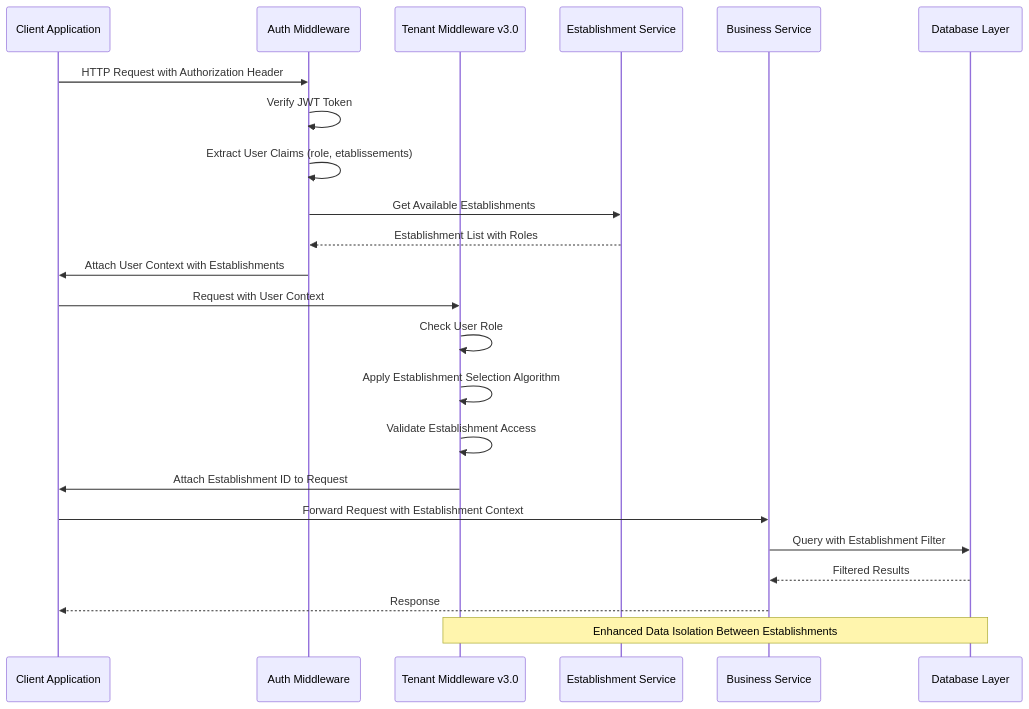
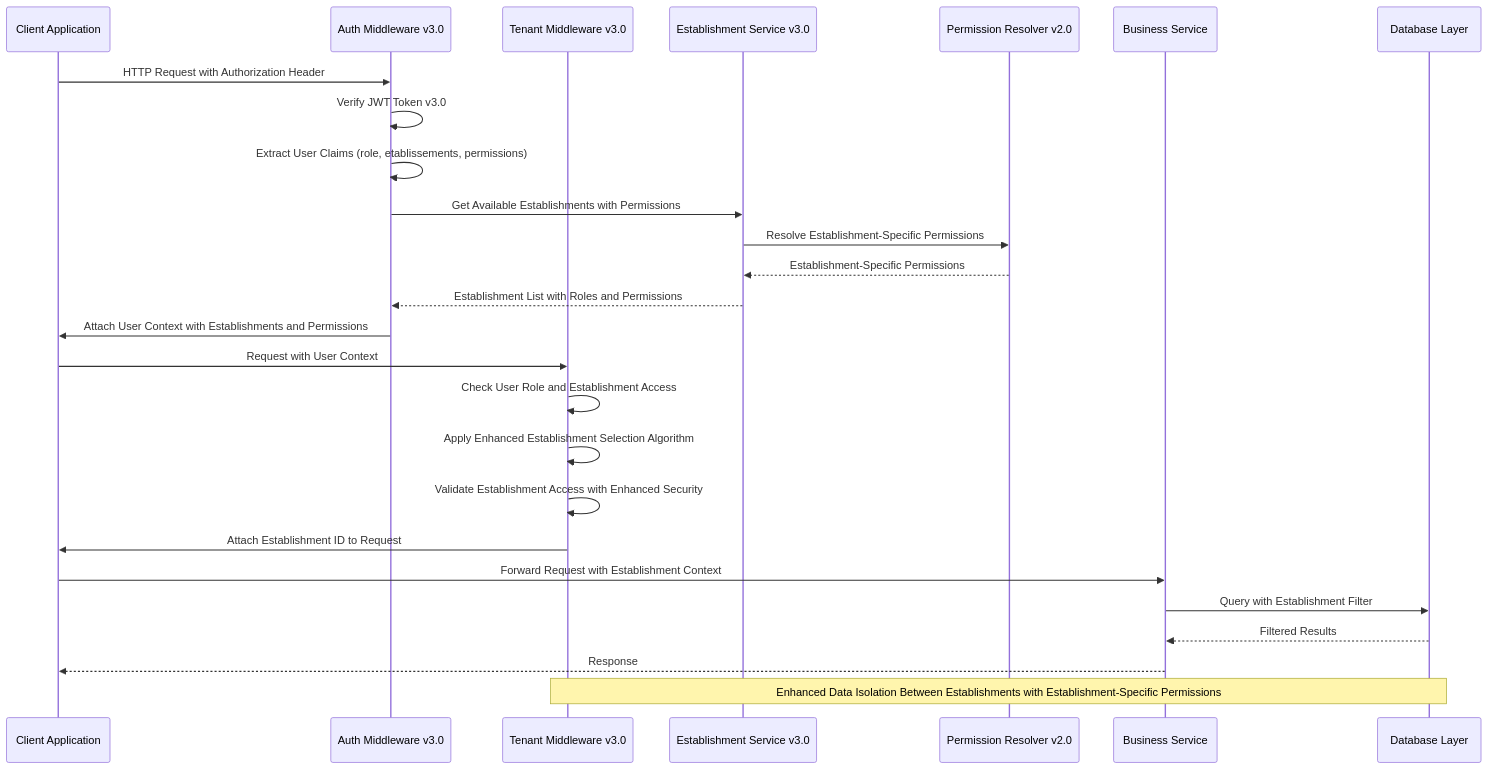
One commit to franckylab/eLISAschool changed the second of 6 diagrams in .qoder/repowiki/en/content/Modules & Features/Administrative Modules/Security & Governance/Tenant Middleware.md. Above: the diagram before and after it, drawn with Mermaid. The commit also changed other lines of this file and 84 other files, not shown here.

````diff
--- a/.qoder/repowiki/en/content/Modules & Features/Administrative Modules/Security & Governance/Tenant Middleware.md
+++ b/.qoder/repowiki/en/content/Modules & Features/Administrative Modules/Security & Governance/Tenant Middleware.md
@@ -172,25 +214,28 @@
 ```mermaid
 sequenceDiagram
 participant Client as Client Application
-participant AuthMW as Auth Middleware
+participant AuthMW as Auth Middleware v3.0
 participant TenantMW as Tenant Middleware v3.0
-participant EstablishmentService as Establishment Service
+participant EstablishmentService as Establishment Service v3.0
+participant PermissionResolver as Permission Resolver v2.0
 participant Service as Business Service
 participant DB as Database Layer
 Client->>AuthMW : HTTP Request with Authorization Header
-AuthMW->>AuthMW : Verify JWT Token
-AuthMW->>AuthMW : Extract User Claims (role, etablissements)
-AuthMW->>EstablishmentService : Get Available Establishments
-EstablishmentService-->>AuthMW : Establishment List with Roles
-AuthMW->>Client : Attach User Context with Establishments
+AuthMW->>AuthMW : Verify JWT Token v3.0
+AuthMW->>AuthMW : Extract User Claims (role, etablissements, permissions)
+AuthMW->>EstablishmentService : Get Available Establishments with Permissions
+EstablishmentService->>PermissionResolver : Resolve Establishment-Specific Permissions
+PermissionResolver-->>EstablishmentService : Establishment-Specific Permissions
+EstablishmentService-->>AuthMW : Establishment List with Roles and Permissions
+AuthMW->>Client : Attach User Context with Establishments and Permissions
 Client->>TenantMW : Request with User Context
-TenantMW->>TenantMW : Check User Role
-TenantMW->>TenantMW : Apply Establishment Selection Algorithm
-TenantMW->>TenantMW : Validate Establishment Access
+TenantMW->>TenantMW : Check User Role and Establishment Access
+TenantMW->>TenantMW : Apply Enhanced Establishment Selection Algorithm
+TenantMW->>TenantMW : Validate Establishment Access with Enhanced Security
 TenantMW->>Client : Attach Establishment ID to Request
 Client->>Service : Forward Request with Establishment Context
 Service->>DB : Query with Establishment Filter
 DB-->>Service : Filtered Results
 Service-->>Client : Response
-Note over TenantMW,DB : Enhanced Data Isolation Between Establishments
+Note over TenantMW,DB : Enhanced Data Isolation Between Establishments with Establishment-Specific Permissions
 ```
````
